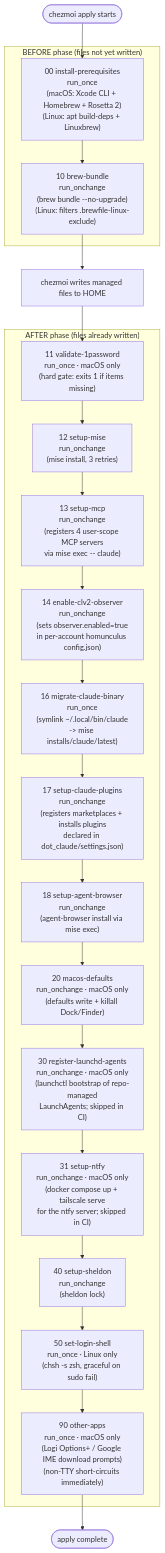
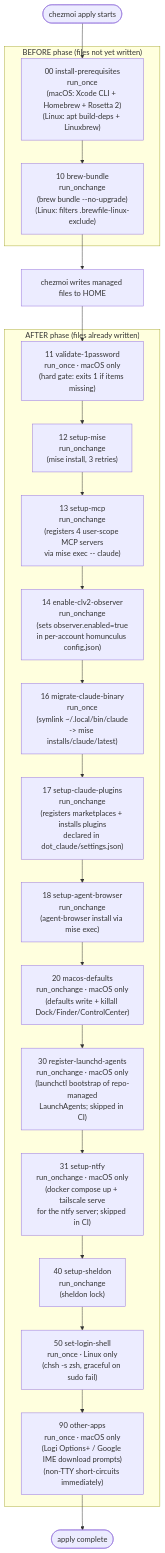
The diagram in docs/architecture/lifecycle-scripts.md (kryota-dev/dotfiles), drawn with Mermaid before and after one commit. The commit also changed other lines of this file and 2 other files, not shown here.

Commit message:
fix(macos-defaults): 死んだキーを修正し管理対象ドメインを拡張する (#385)

````diff
--- a/docs/architecture/lifecycle-scripts.md
+++ b/docs/architecture/lifecycle-scripts.md
@@ -22,31 +22,31 @@
 ```mermaid
 flowchart TD
     A([chezmoi apply starts]) --> B
 
     subgraph BEFORE ["BEFORE phase (files not yet written)"]
         B["00 install-prerequisites\nrun_once\n(macOS: Xcode CLI + Homebrew + Rosetta 2)\n(Linux: apt build-deps + Linuxbrew)"]
         B --> C["10 brew-bundle\nrun_onchange\n(brew bundle --no-upgrade)\n(Linux: filters .brewfile-linux-exclude)"]
     end
 
     C --> FILES[chezmoi writes managed files to HOME]
 
     FILES --> D
 
     subgraph AFTER ["AFTER phase (files already written)"]
         D["11 validate-1password\nrun_once · macOS only\n(hard gate: exits 1 if items missing)"]
         D --> E["12 setup-mise\nrun_onchange\n(mise install, 3 retries)"]
         E --> F["13 setup-mcp\nrun_onchange\n(registers 4 user-scope MCP servers\nvia mise exec -- claude)"]
         F --> G["14 enable-clv2-observer\nrun_onchange\n(sets observer.enabled=true\nin per-account homunculus config.json)"]
         G --> H["16 migrate-claude-binary\nrun_once\n(symlink ~/.local/bin/claude\n-> mise installs/claude/latest)"]
         H --> H2["17 setup-claude-plugins\nrun_onchange\n(registers marketplaces + installs plugins\ndeclared in dot_claude/settings.json)"]
         H2 --> I["18 setup-agent-browser\nrun_onchange\n(agent-browser install via mise exec)"]
-        I --> J["20 macos-defaults\nrun_onchange · macOS only\n(defaults write + killall Dock/Finder)"]
+        I --> J["20 macos-defaults\nrun_onchange · macOS only\n(defaults write + killall Dock/Finder/ControlCenter)"]
         J --> J2["30 register-launchd-agents\nrun_onchange · macOS only\n(launchctl bootstrap of repo-managed\nLaunchAgents; skipped in CI)"]
         J2 --> J3["31 setup-ntfy\nrun_onchange · macOS only\n(docker compose up + tailscale serve\nfor the ntfy server; skipped in CI)"]
         J3 --> K["40 setup-sheldon\nrun_onchange\n(sheldon lock)"]
         K --> L["50 set-login-shell\nrun_once · Linux only\n(chsh -s zsh, graceful on sudo fail)"]
         L --> M["90 other-apps\nrun_once · macOS only\n(Logi Options+ / Google IME download prompts)\n(non-TTY short-circuits immediately)"]
     end
 
     M --> N([apply complete])
 ```
````
